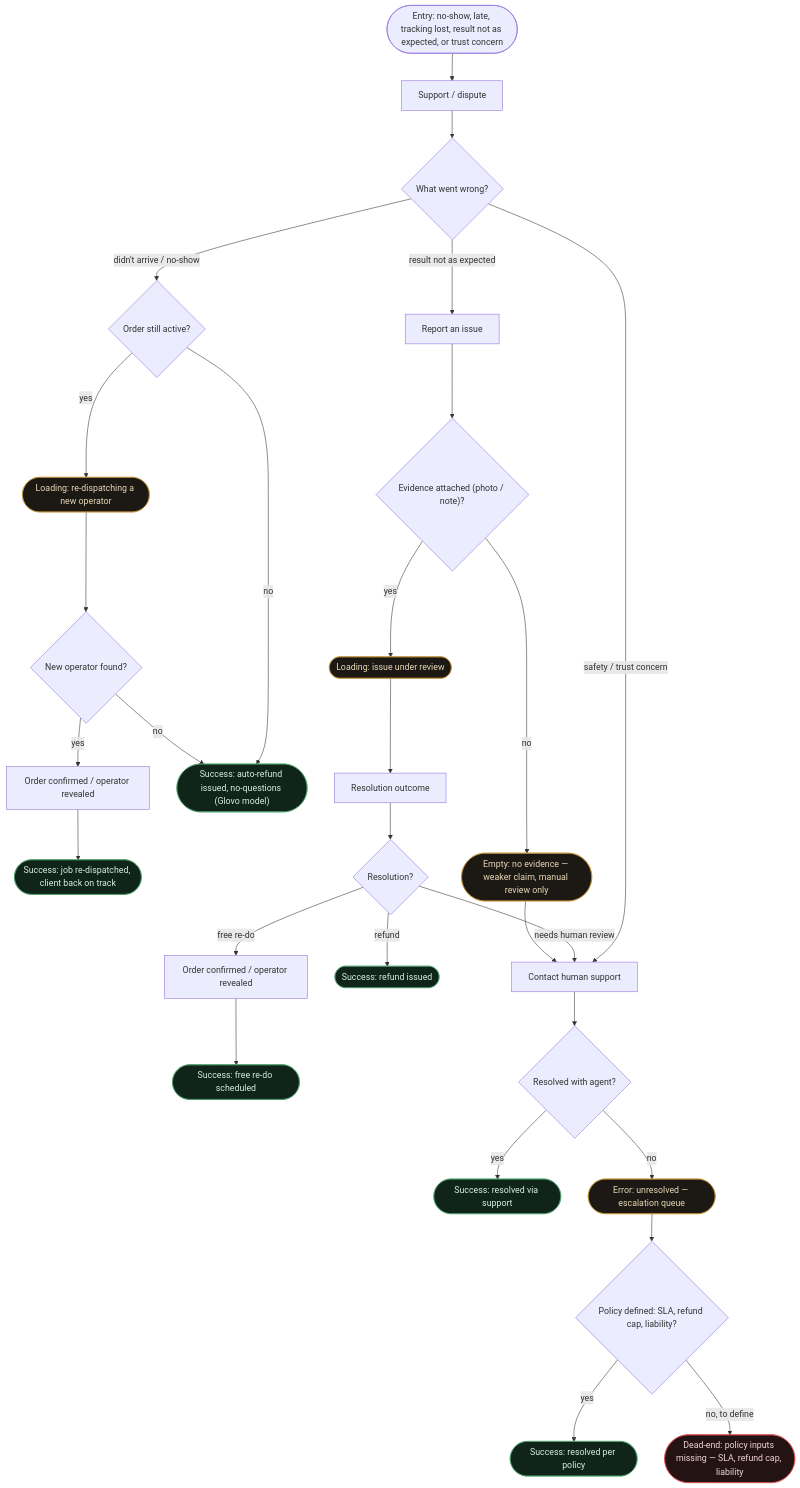
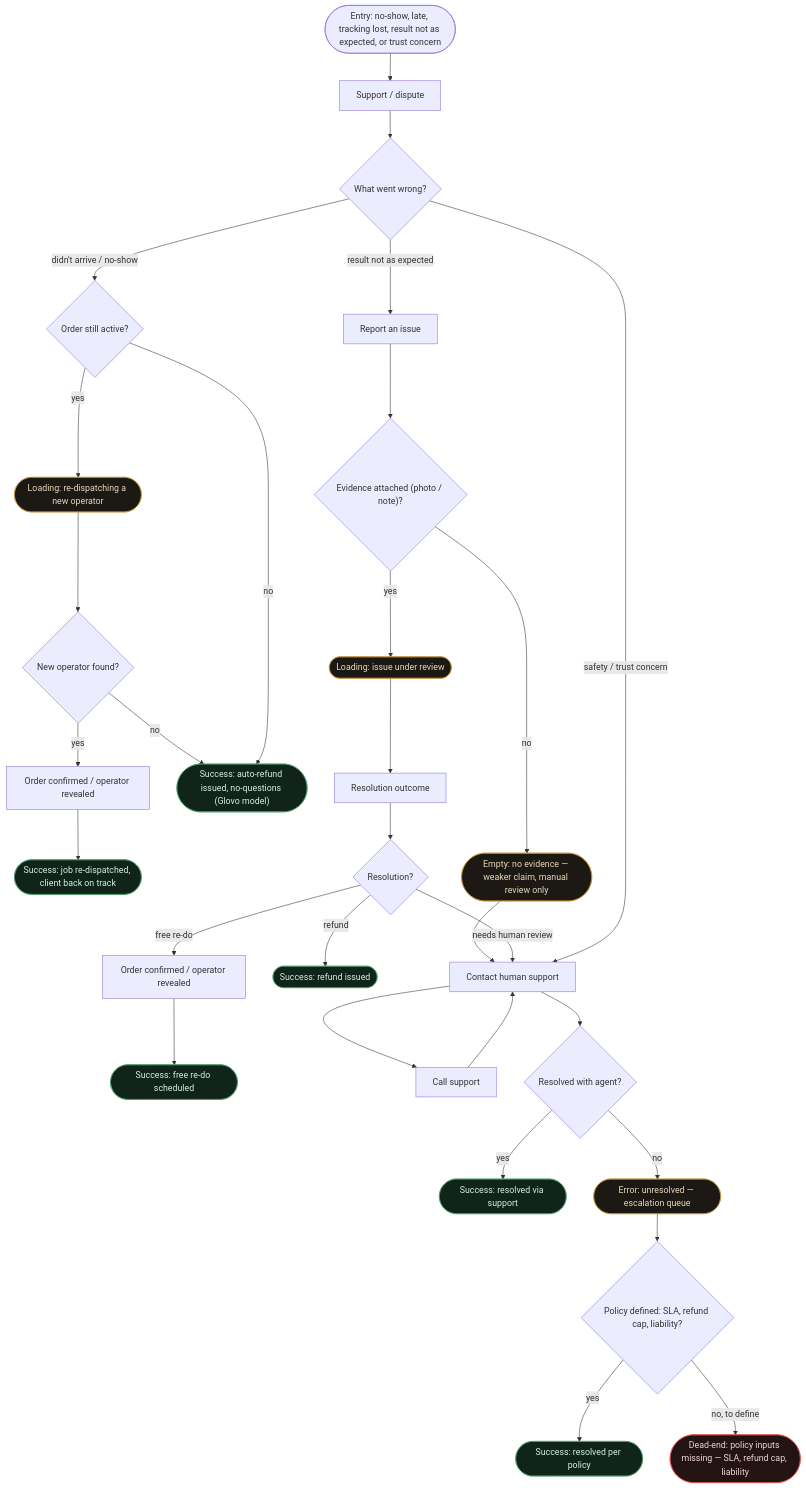
The seventh of 13 diagrams in flows.md (OlenkaBozhenko/DRON), drawn with Mermaid before and after one commit. The commit also changed other lines of this file and 9 other files, not shown here.

First line of the commit message:
Call support opens a call now — same surface, different party on the line

````diff
--- a/flows.md
+++ b/flows.md
@@ -373,37 +373,39 @@
 ```mermaid
 flowchart TD
   IN(["Entry: no-show, late, tracking lost, result not as expected, or trust concern"]) --> SD["Support / dispute"]
   SD --> D1{"What went wrong?"}
   %% A — order not delivered / no-show
   D1 -->|"didn't arrive / no-show"| D2{"Order still active?"}
   D2 -->|yes| RDSP(["Loading: re-dispatching a new operator"]):::state
   RDSP --> D3{"New operator found?"}
   D3 -->|yes| CFM["Order confirmed / operator revealed"]
   CFM --> OK1(["Success: job re-dispatched, client back on track"]):::done
   D3 -->|no| REF1(["Success: auto-refund issued, no-questions (Glovo model)"]):::done
   D2 -->|no| REF1
   %% B — result not as expected
   D1 -->|"result not as expected"| RI["Report an issue"]
   RI --> D4{"Evidence attached (photo / note)?"}
   D4 -->|no| EMP(["Empty: no evidence — weaker claim, manual review only"]):::state
   EMP --> HS["Contact human support"]
   D4 -->|yes| REV(["Loading: issue under review"]):::state
   REV --> RO["Resolution outcome"]
   RO --> D5{"Resolution?"}
   D5 -->|refund| REF2(["Success: refund issued"]):::done
   D5 -->|"free re-do"| REDO["Order confirmed / operator revealed"]
   REDO --> OK2(["Success: free re-do scheduled"]):::done
   D5 -->|"needs human review"| HS
   %% C — safety / trust concern
   D1 -->|"safety / trust concern"| HS
   %% Human escalation (Airbnb 24/7 model)
+  HS --> CS["Call support"]
+  CS --> HS
   HS --> D6{"Resolved with agent?"}
   D6 -->|yes| OK3(["Success: resolved via support"]):::done
   D6 -->|no| ESC(["Error: unresolved — escalation queue"]):::state
   ESC --> D7{"Policy defined: SLA, refund cap, liability?"}
   D7 -->|yes| OK4(["Success: resolved per policy"]):::done
   D7 -->|"no, to define"| GAP(["Dead-end: policy inputs missing — SLA, refund cap, liability"]):::dead
   classDef state fill:#1c1813,stroke:#c4943a,color:#e8d9b8;
   classDef dead fill:#241313,stroke:#e05252,color:#f0d6d6;
   classDef done fill:#10241a,stroke:#4a9e6b,color:#d6f0e0;
 ```
````
